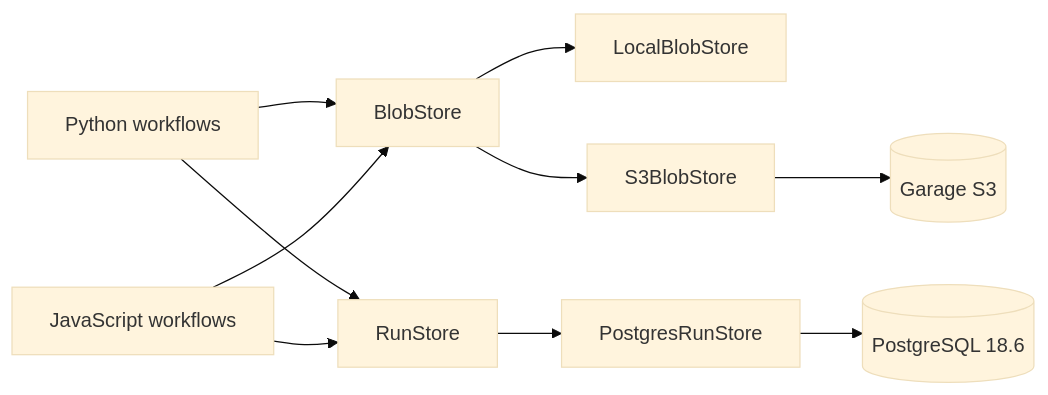
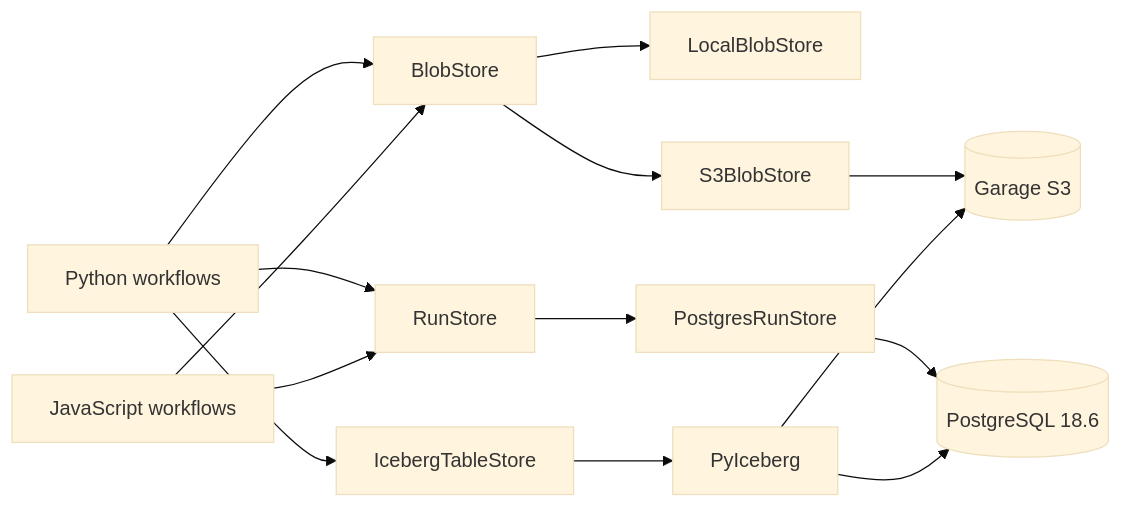
One commit to DiogoRibeiro7/data-platform-lab changed the diagram in docs/milestone-m3.md. Above: the diagram before and after it, drawn with Mermaid (base theme). The commit also changed other lines of this file and 9 other files, not shown here.

````diff
--- a/docs/milestone-m3.md
+++ b/docs/milestone-m3.md
@@ -13,12 +13,16 @@
 ```mermaid
 flowchart LR
     PY[Python workflows] --> B[BlobStore]
     JS[JavaScript workflows] --> B
     PY --> R[RunStore]
     JS --> R
+    PY --> I[IcebergTableStore]
     B --> Local[LocalBlobStore]
     B --> S3[S3BlobStore]
     S3 --> Garage[(Garage S3)]
     R --> PG[PostgresRunStore]
     PG --> DB[(PostgreSQL 18.6)]
+    I --> PI[PyIceberg]
+    PI --> DB
+    PI --> Garage
 ```
````
